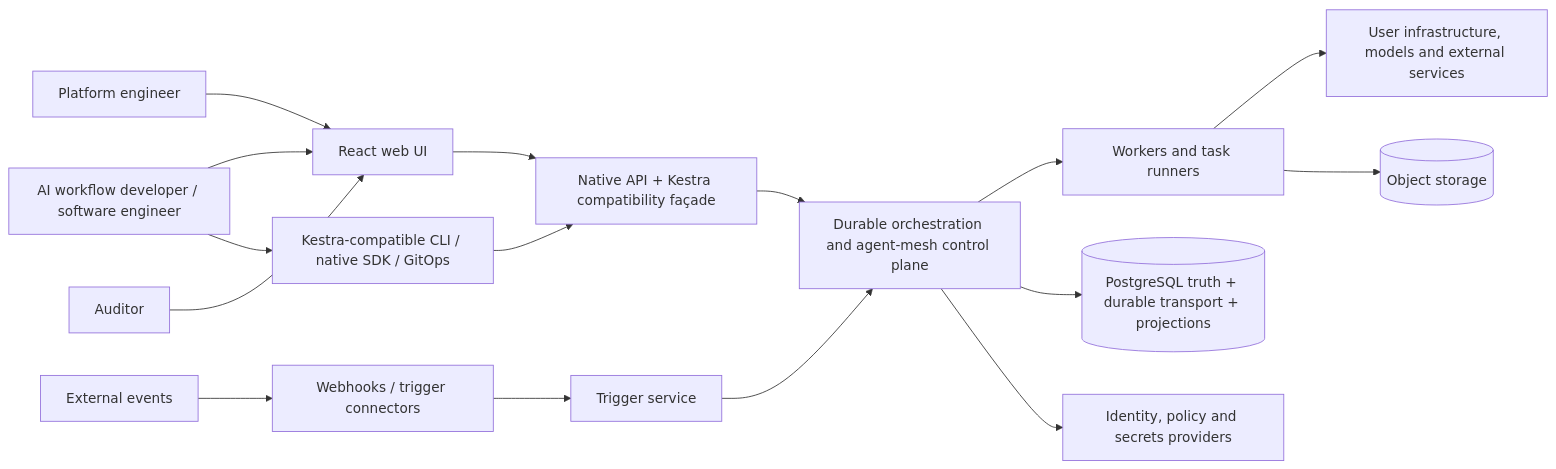
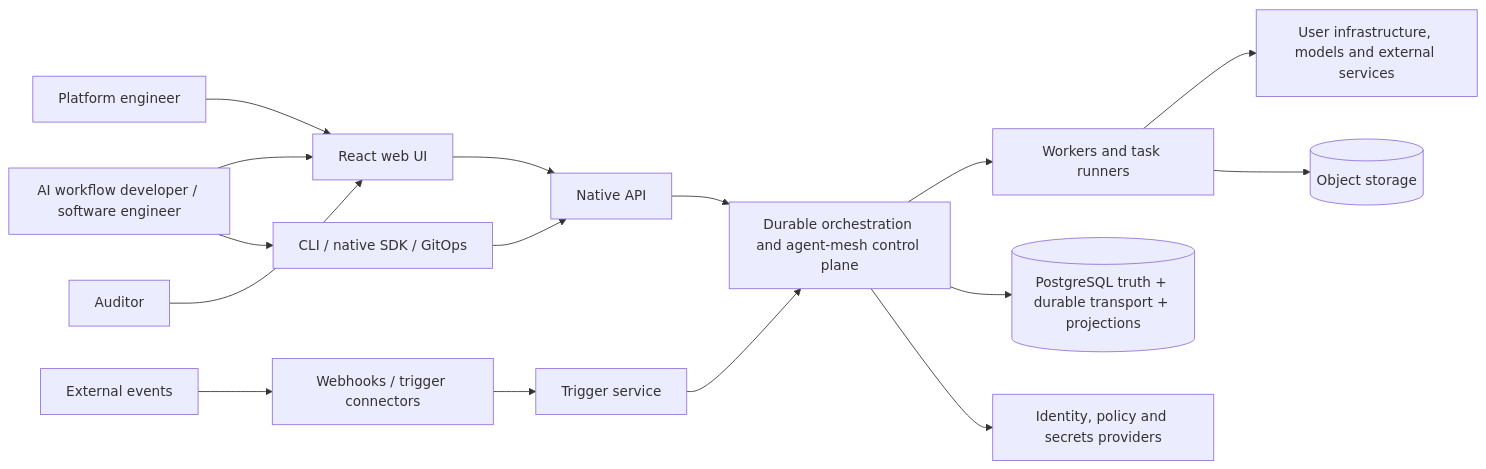
The first of 2 diagrams in docs/architecture/README.md (samchung95/amesh), drawn with Mermaid before and after one commit. The commit also changed other lines of this file and 471 other files, not shown here.

````diff
--- a/docs/architecture/README.md
+++ b/docs/architecture/README.md
@@ -11,18 +11,18 @@
 ```mermaid
 flowchart LR
     Author[AI workflow developer / software engineer] --> UI[React web UI]
-    Author --> CLI[Kestra-compatible CLI / native SDK / GitOps]
+    Author --> CLI[CLI / native SDK / GitOps]
     Operator[Platform engineer] --> UI
     Auditor[Auditor] --> UI
     External[External events] --> Ingress[Webhooks / trigger connectors]
-    UI --> API[Native API + Kestra compatibility façade]
+    UI --> API[Native API]
     CLI --> API
     Ingress --> Trigger[Trigger service]
     API --> Core[Durable orchestration and agent-mesh control plane]
     Trigger --> Core
     Core --> Workers[Workers and task runners]
     Workers --> Infra[User infrastructure, models and external services]
     Core --> PG[(PostgreSQL truth + durable transport + projections)]
     Workers --> Objects[(Object storage)]
     Core --> IdP[Identity, policy and secrets providers]
 ```
````
